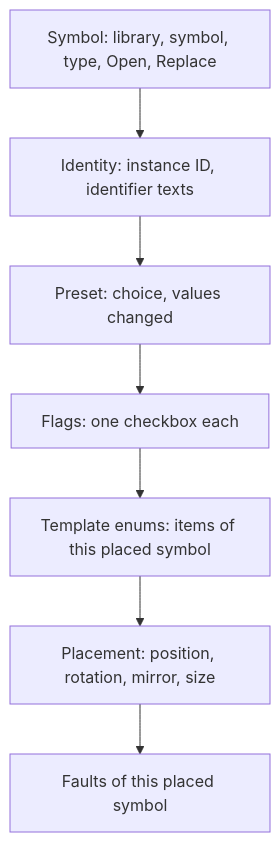
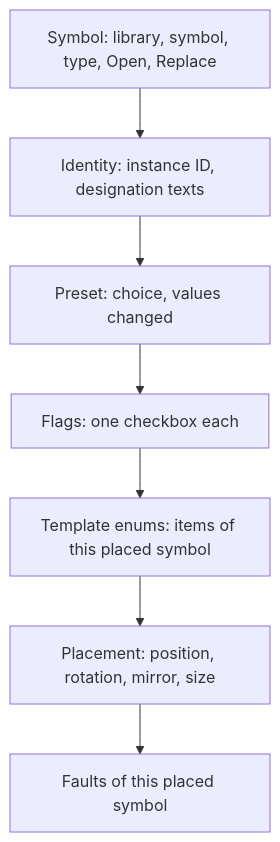
The diagram in synoptics/04-placed-symbol-panel.md (AlexandreGallais/synoptic-studio-spec), drawn with Mermaid before and after one commit. The commit also changed other lines of this file and 19 other files, not shown here.

````diff
--- a/synoptics/04-placed-symbol-panel.md
+++ b/synoptics/04-placed-symbol-panel.md
@@ -14,9 +14,9 @@
 ```mermaid
 flowchart TD
-    A["Symbol: library, symbol, type, Open, Replace"] --> B["Identity: instance ID, identifier texts"]
+    A["Symbol: library, symbol, type, Open, Replace"] --> B["Identity: instance ID, designation texts"]
     B --> C["Preset: choice, values changed"]
     C --> D["Flags: one checkbox each"]
     D --> E["Template enums: items of this placed symbol"]
     E --> F["Placement: position, rotation, mirror, size"]
     F --> G["Faults of this placed symbol"]
 ```
````
